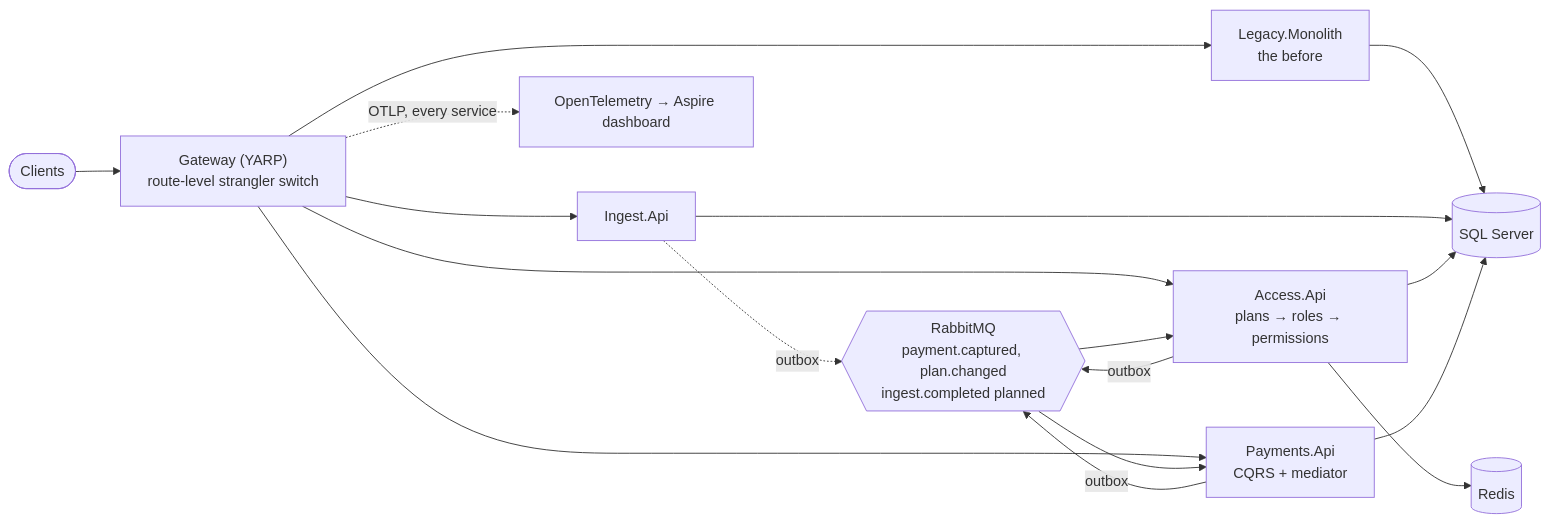
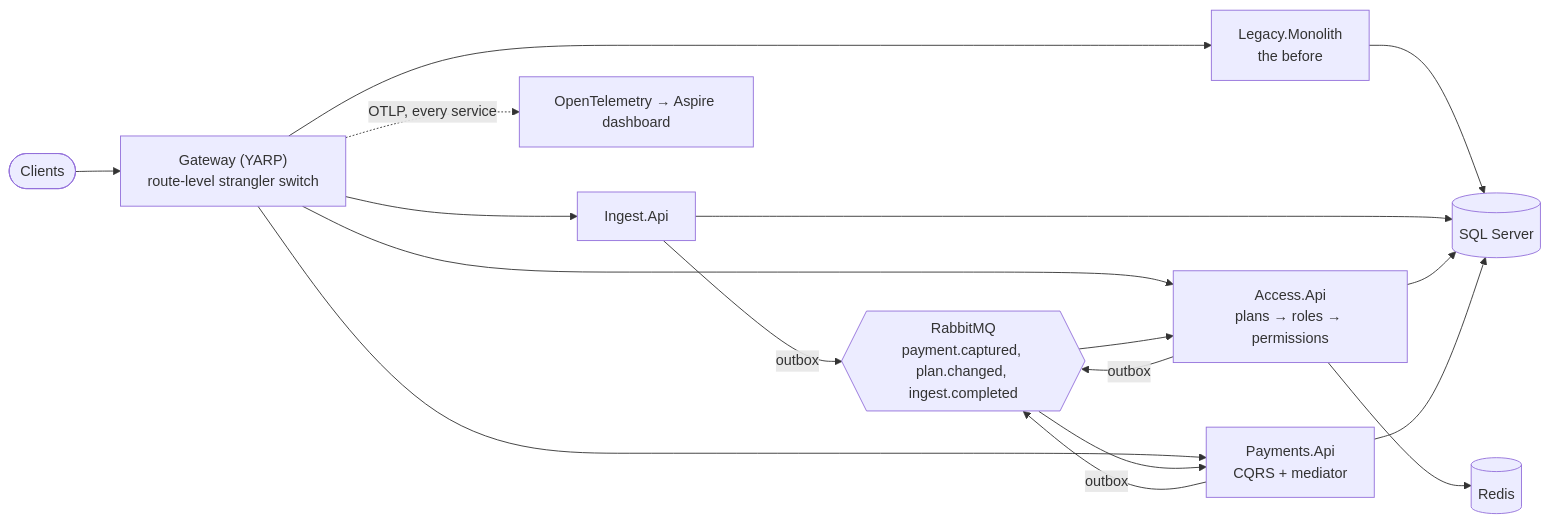
One commit to Arggon/dotnet-batchyard changed the fifth of 5 diagrams in docs/architecture.md. Above: the diagram before and after it, drawn with Mermaid. The commit also changed 11 other files, not shown here.

First line of the commit message:
feat(ingest): publish ingest.completed through an outbox (ADR 0017)

````diff
--- a/docs/architecture.md
+++ b/docs/architecture.md
@@ -107,32 +107,32 @@
 ```mermaid
 flowchart LR
     client([Clients])
     gw["Gateway (YARP)<br/>route-level strangler switch"]
     ingest[Ingest.Api]
     access["Access.Api<br/>plans → roles → permissions"]
     payments["Payments.Api<br/>CQRS + mediator"]
     legacy["Legacy.Monolith<br/>the before"]
     sql[(SQL Server)]
     redis[(Redis)]
-    mq{{RabbitMQ<br/>payment.captured, plan.changed<br/>ingest.completed planned}}
+    mq{{RabbitMQ<br/>payment.captured, plan.changed, ingest.completed}}
     otel["OpenTelemetry → Aspire dashboard"]
 
     client --> gw
     gw --> ingest
     gw --> access
     gw --> payments
     gw --> legacy
     legacy --> sql
     ingest --> sql
     access --> sql
     access --> redis
     payments --> sql
-    ingest -.->|outbox| mq
+    ingest -->|outbox| mq
     payments -->|outbox| mq
     access -->|outbox| mq
     mq --> access
     mq --> payments
     gw -.->|OTLP, every service| otel
 
     classDef planned stroke-dasharray: 5 5
 ```
````
